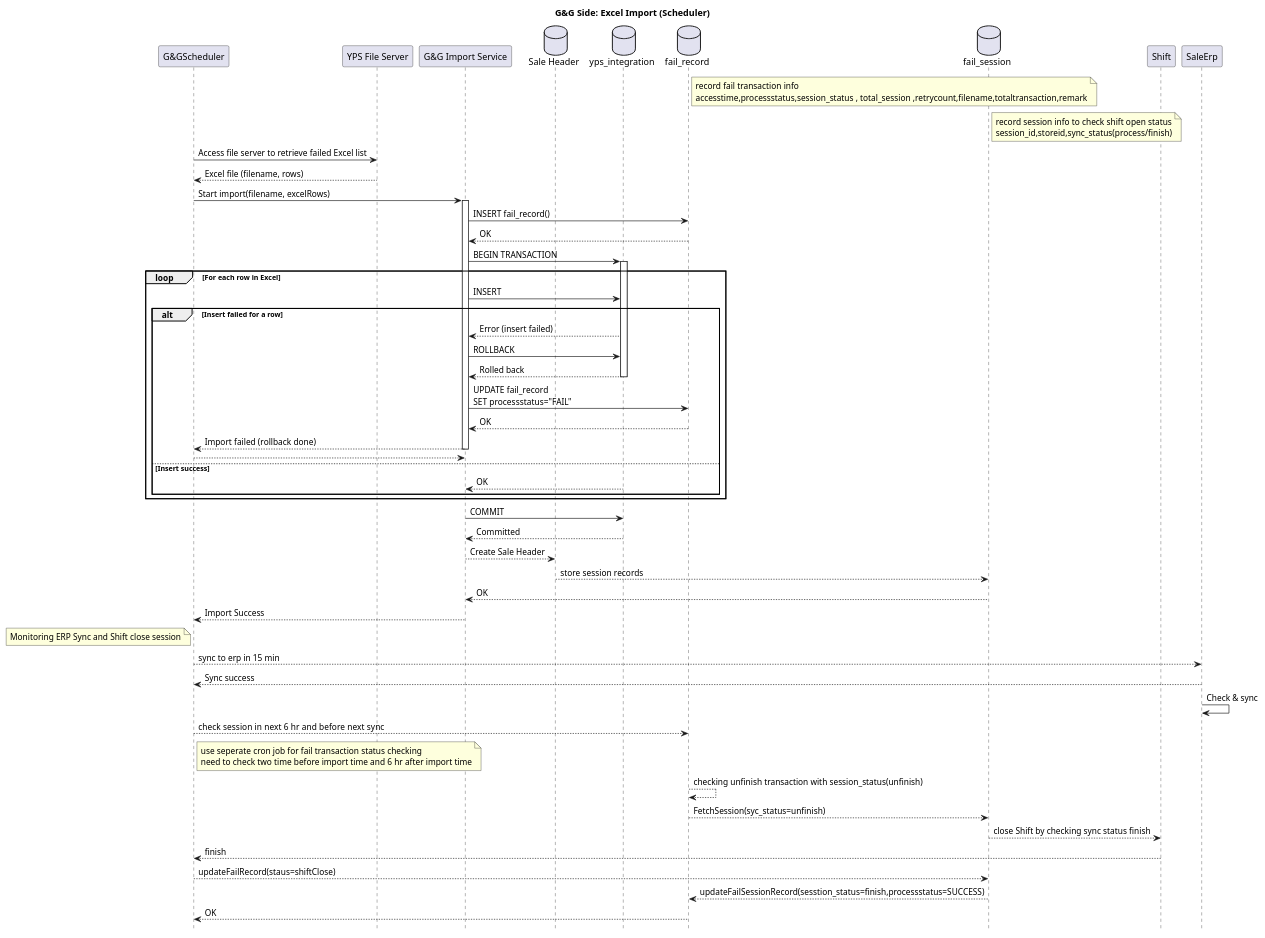
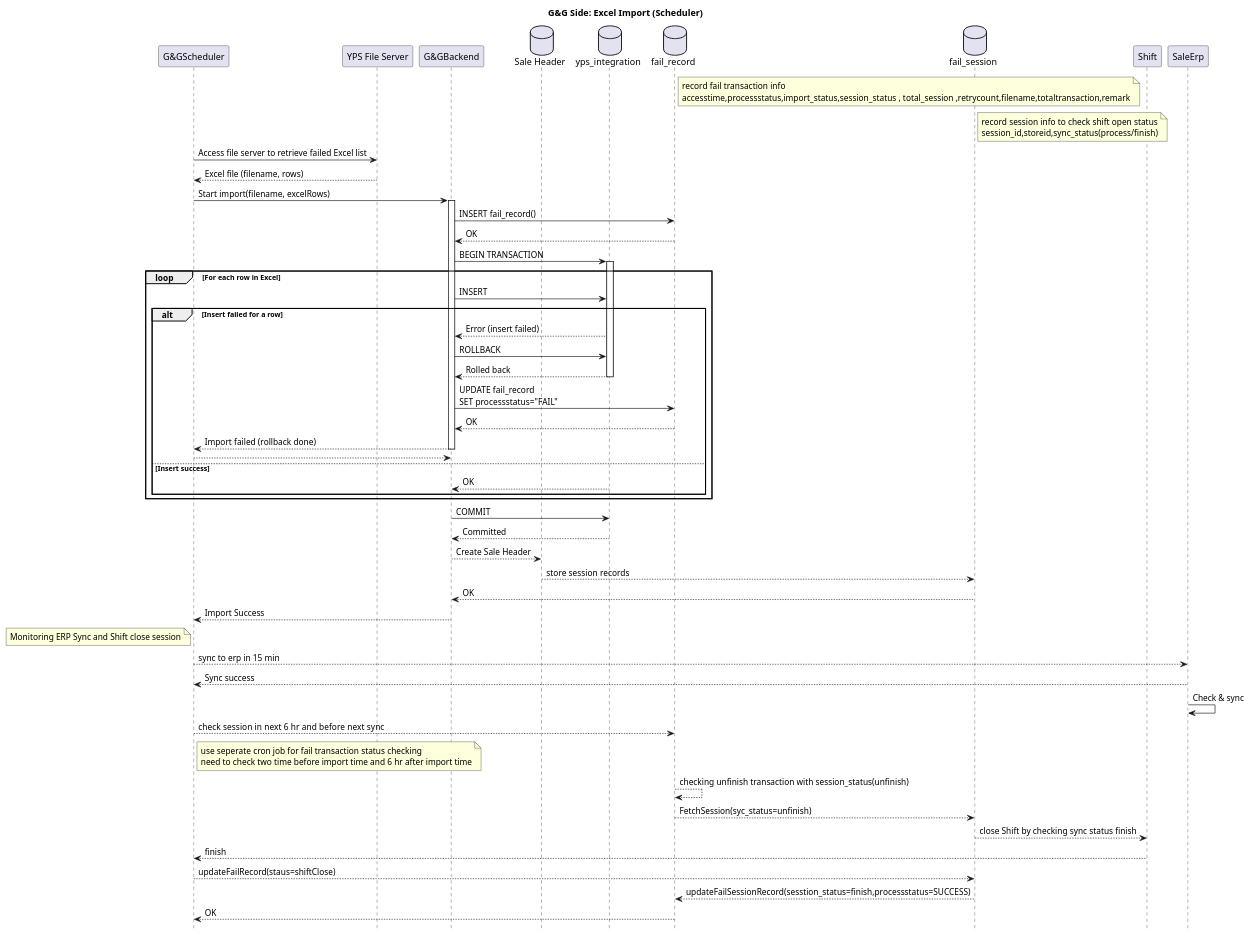
Before and after one commit to phyothuhan26/MySolutions: the diagram in GandG_YPS_DataLost/SequenceDiagram/YPS_ExcelImportDetailSyncFlow.puml, drawn with PlantUML. The commit also changed other lines of this file and 25 other files, not shown here.

```diff
--- a/GandG_YPS_DataLost/SequenceDiagram/YPS_ExcelImportDetailSyncFlow.puml
+++ b/GandG_YPS_DataLost/SequenceDiagram/YPS_ExcelImportDetailSyncFlow.puml
@@ -1,87 +1,87 @@
 @startuml
 title G&G Side: Excel Import (Scheduler)
 hide footbox
 
 participant "G&GScheduler" as SCH
 participant "YPS File Server" as FS
-participant "G&G Import Service" as IMP
+participant "G&GBackend" as IMP
 database "Sale Header" as SHeader
 database "yps_integration" as YPSDB
 database "fail_record" as FDB
 note right of FDB
   record fail transaction info
-  accesstime,processstatus,session_status , total_session ,retrycount,filename,totaltransaction,remark
+  accesstime,processstatus,import_status,session_status , total_session ,retrycount,filename,totaltransaction,remark
 end note
 database "fail_session" as FDBD
 note right of FDBD
   record session info to check shift open status
   session_id,storeid,sync_status(process/finish)
 end note
 participant "Shift" as shift
 participant "SaleErp" as SErp
 
 
 SCH -> FS: Access file server to retrieve failed Excel list
 FS --> SCH: Excel file (filename, rows)
 
 SCH -> IMP: Start import(filename, excelRows)
 
 activate IMP
 
 ' (e) Every access must insert a record into fail_record
 IMP -> FDB: INSERT fail_record()
 FDB --> IMP: OK
 
 IMP -> YPSDB: BEGIN TRANSACTION
 activate YPSDB
 
 loop For each row in Excel
 
 
   IMP -> YPSDB: INSERT
   alt Insert failed for a row
     YPSDB --> IMP: Error (insert failed)
 
     IMP -> YPSDB: ROLLBACK
     YPSDB --> IMP: Rolled back
     deactivate YPSDB
 
     IMP -> FDB: UPDATE fail_record\nSET processstatus="FAIL"
     FDB --> IMP: OK
 
     IMP --> SCH: Import failed (rollback done)
     deactivate IMP
     return
   else Insert success
     YPSDB --> IMP: OK
   end
 end
 
 IMP -> YPSDB: COMMIT
 YPSDB --> IMP: Committed
 IMP --> SHeader:Create Sale Header
 SHeader --> FDBD: store session records
 FDBD--> IMP:OK
 IMP--> SCH: Import Success
 note left of SCH
 Monitoring ERP Sync and Shift close session
 end note
 SCH -->SErp: sync to erp in 15 min
 SErp --> SCH :Sync success
 
 SErp->SErp: Check & sync
 SCH --> FDB :check session  in next 6 hr and before next sync
 note right of SCH
 use seperate cron job for fail transaction status checking
 need to check two time before import time and 6 hr after import time
 end note
 FDB --> FDB:checking unfinish transaction with session_status(unfinish)
 FDB --> FDBD:FetchSession(syc_status=unfinish)
 FDBD-->shift :close Shift by checking sync status finish
 shift-->SCH :finish
 SCH --> FDBD:updateFailRecord(staus=shiftClose)
 FDBD --> FDB:updateFailSessionRecord(sesstion_status=finish,processstatus=SUCCESS)
 FDB --> SCH: OK
 
 deactivate IMP
 @enduml
```
